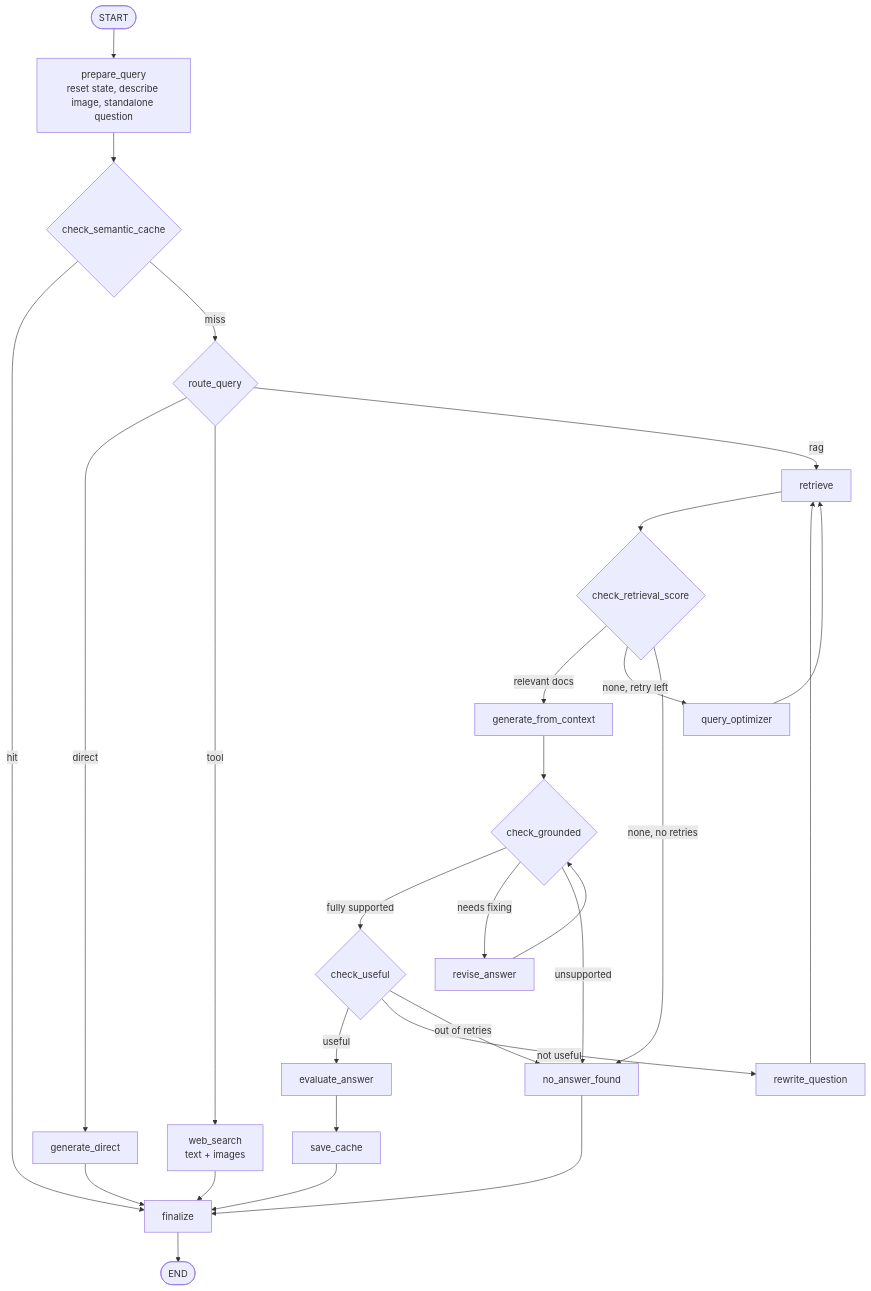
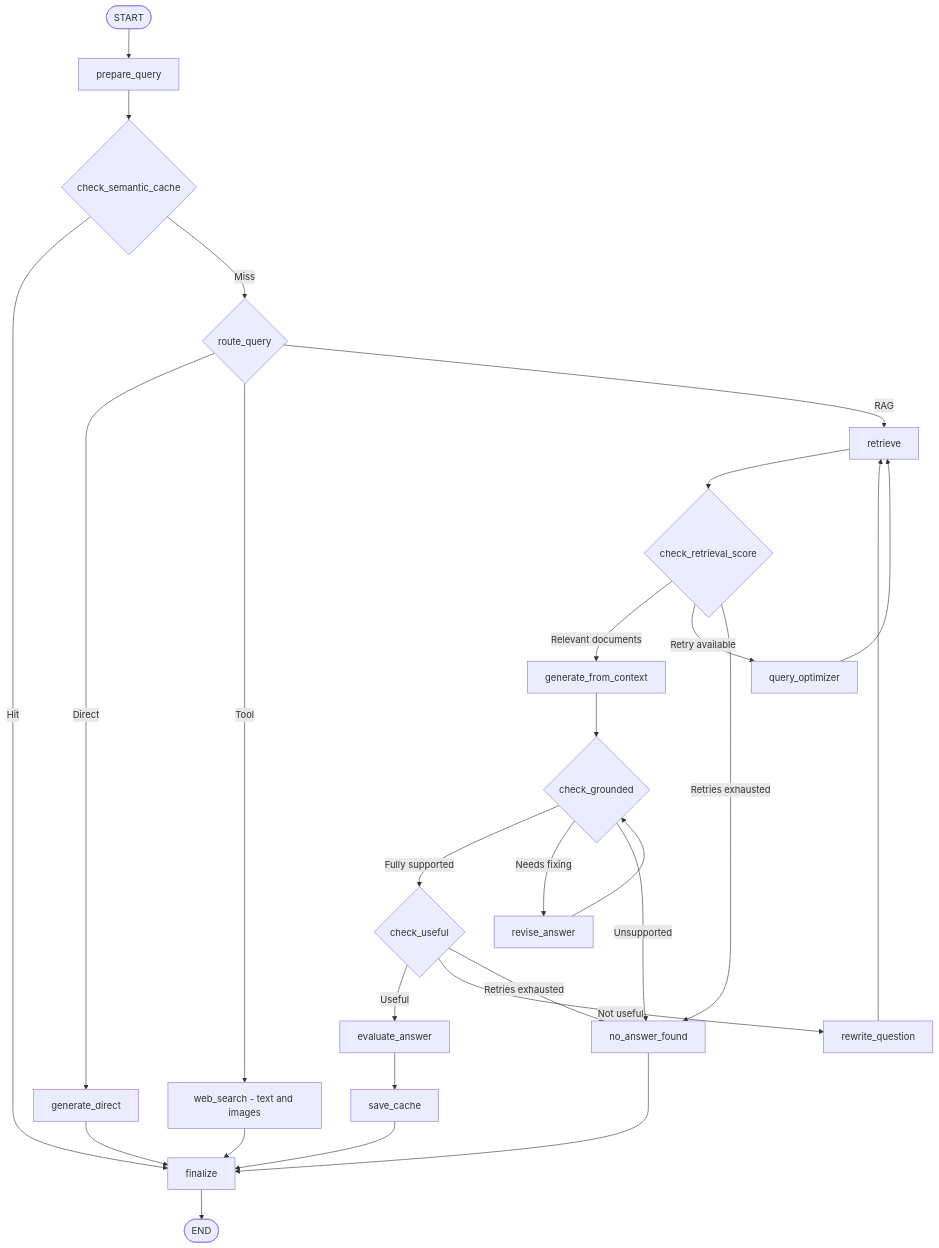
One commit to Ahmed2797/LangGraph-DocuMind-AWS-Deployment changed the diagram in README.md. Above: the diagram before and after it, drawn with Mermaid.

Commit message:
readme update

````diff
--- a/README.md
+++ b/README.md
@@ -48,35 +48,43 @@
 ```mermaid
 flowchart TD
-    S([START]) --> PQ[prepare_query<br/>reset state, describe image, standalone question]
-    PQ --> CC{check_semantic_cache}
-    CC -- hit --> FIN[finalize]
-    CC -- miss --> RQ{route_query}
+    S(["START"]) --> PQ["prepare_query"]
+    PQ --> CC{"check_semantic_cache"}
 
-    RQ -- direct --> GD[generate_direct]
-    RQ -- tool --> WS[web_search<br/>text + images]
-    RQ -- rag --> RET[retrieve]
+    CC -->|"Hit"| FIN["finalize"]
+    CC -->|"Miss"| RQ{"route_query"}
 
-    RET --> CRS{check_retrieval_score}
-    CRS -- relevant docs --> GFC[generate_from_context]
-    CRS -- none, retry left --> QO[query_optimizer]
+    RQ -->|"Direct"| GD["generate_direct"]
+    RQ -->|"Tool"| WS["web_search - text and images"]
+    RQ -->|"RAG"| RET["retrieve"]
+
+    RET --> CRS{"check_retrieval_score"}
+
+    CRS -->|"Relevant documents"| GFC["generate_from_context"]
+    CRS -->|"Retry available"| QO["query_optimizer"]
+    CRS -->|"Retries exhausted"| NA["no_answer_found"]
+
     QO --> RET
-    CRS -- none, no retries --> NA[no_answer_found]
 
-    GFC --> CG{check_grounded}
-    CG -- fully supported --> CU{check_useful}
-    CG -- needs fixing --> RA[revise_answer]
+    GFC --> CG{"check_grounded"}
+
+    CG -->|"Fully supported"| CU{"check_useful"}
+    CG -->|"Needs fixing"| RA["revise_answer"]
+    CG -->|"Unsupported"| NA
+
     RA --> CG
-    CG -- unsupported --> NA
 
-    CU -- useful --> EV[evaluate_answer]
-    CU -- not useful --> RW[rewrite_question]
+    CU -->|"Useful"| EV["evaluate_answer"]
+    CU -->|"Not useful"| RW["rewrite_question"]
+    CU -->|"Retries exhausted"| NA
+
     RW --> RET
-    CU -- out of retries --> NA
 
-    EV --> SC[save_cache]
+    EV --> SC["save_cache"]
     SC --> FIN
+
     GD --> FIN
     WS --> FIN
     NA --> FIN
-    FIN --> E([END])
+
+    FIN --> E(["END"])
 ```
````
